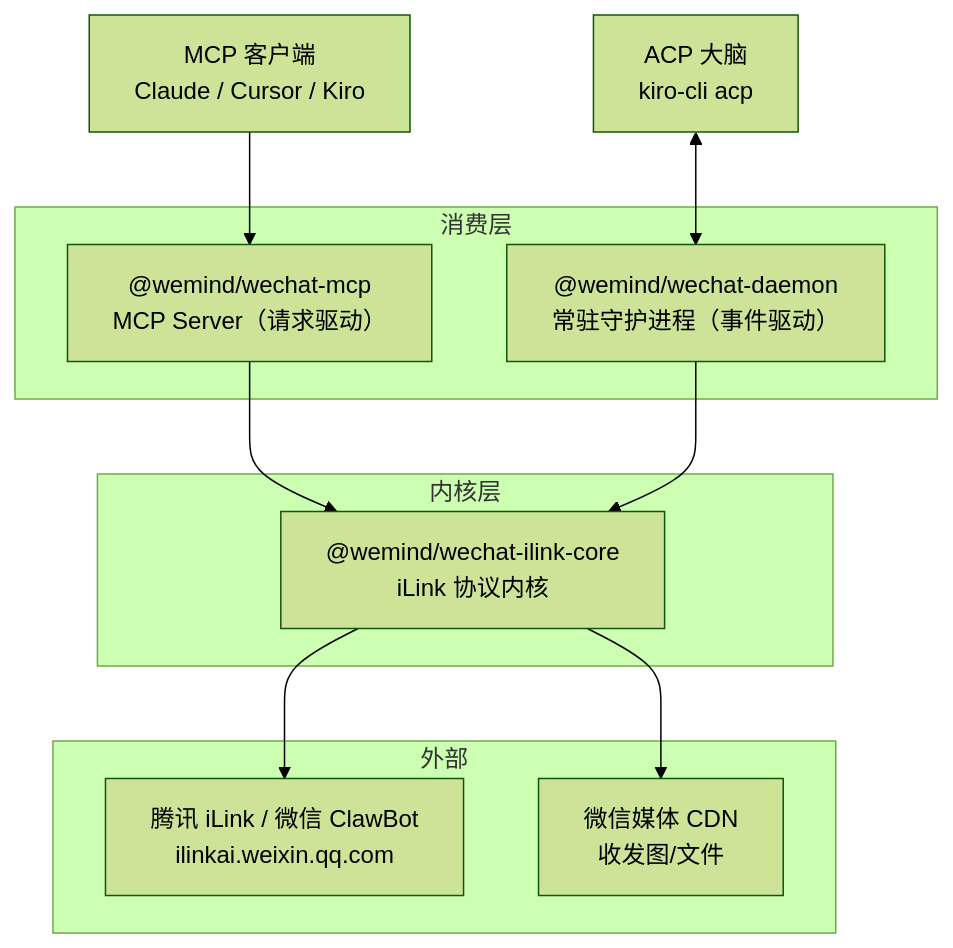
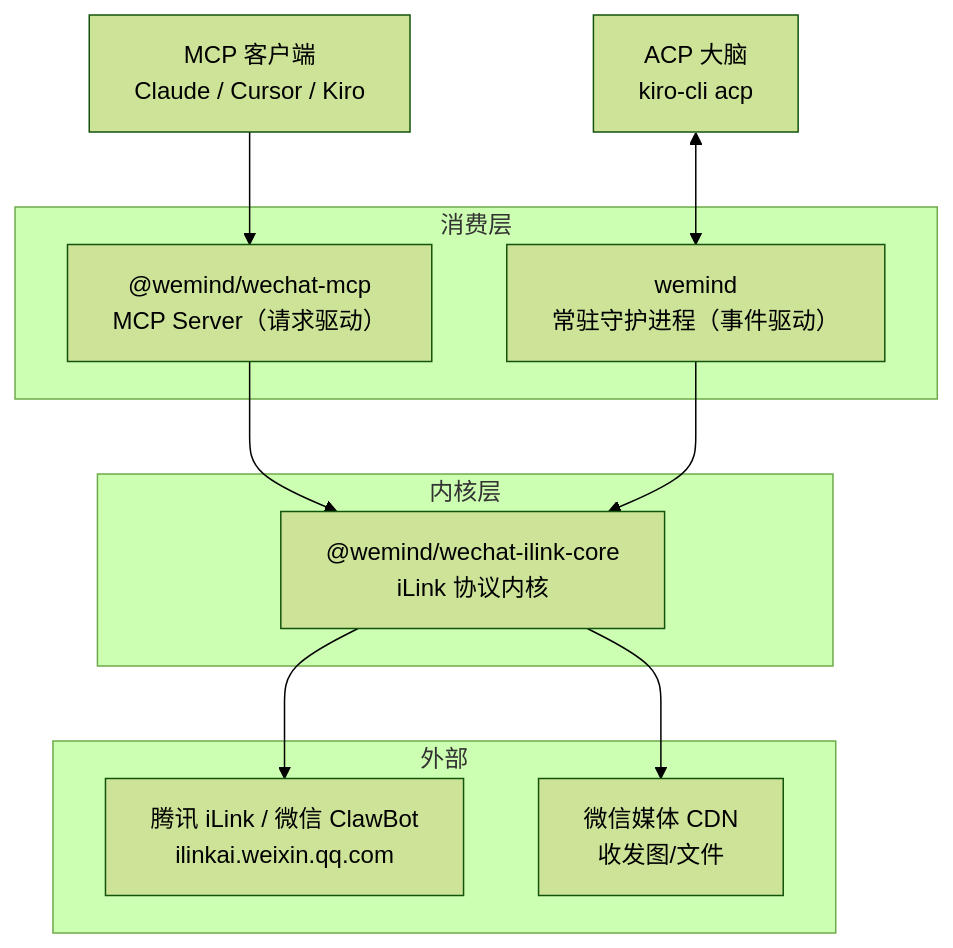
One commit to imwangpan/WeMind changed the first of 6 diagrams in docs/repowiki/02-系统架构.md. Above: the diagram before and after it, drawn with Mermaid (forest theme). The commit also changed 8 other files, not shown here.

Commit message:
docs: daemon 包名 @wemind/wechat-daemon→wemind + 发布属性改可发布（补 CLI 化遗漏）

````diff
--- a/docs/repowiki/02-系统架构.md
+++ b/docs/repowiki/02-系统架构.md
@@ -11,20 +11,20 @@
 ```mermaid
 graph TD
     subgraph 消费层
         MCP["@wemind/wechat-mcp<br/>MCP Server（请求驱动）"]
-        DAEMON["@wemind/wechat-daemon<br/>常驻守护进程（事件驱动）"]
+        DAEMON["wemind<br/>常驻守护进程（事件驱动）"]
     end
     subgraph 内核层
         CORE["@wemind/wechat-ilink-core<br/>iLink 协议内核"]
     end
     subgraph 外部
         ILINK["腾讯 iLink / 微信 ClawBot<br/>ilinkai.weixin.qq.com"]
         CDN["微信媒体 CDN<br/>收发图/文件"]
     end
     MCPCLIENT["MCP 客户端<br/>Claude / Cursor / Kiro"] --> MCP
     BRAIN["ACP 大脑<br/>kiro-cli acp"] <--> DAEMON
     MCP --> CORE
     DAEMON --> CORE
     CORE --> ILINK
     CORE --> CDN
 ```
````
